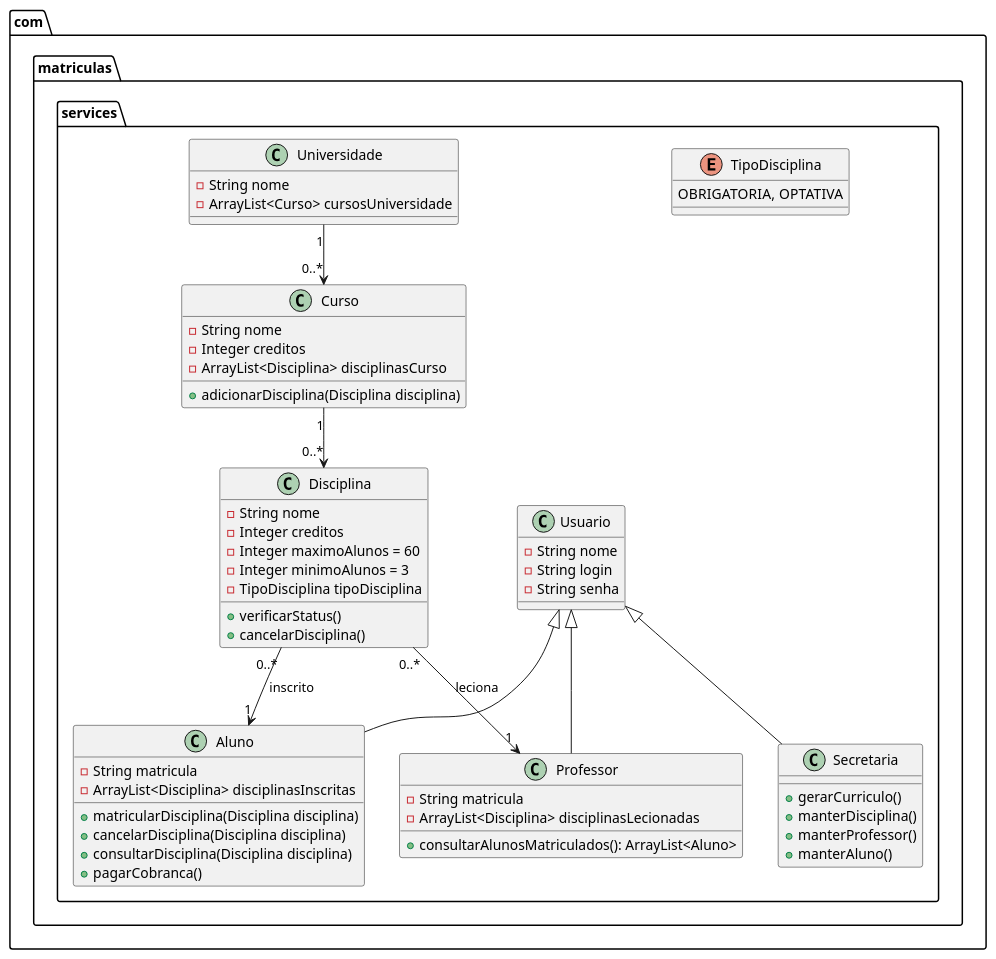
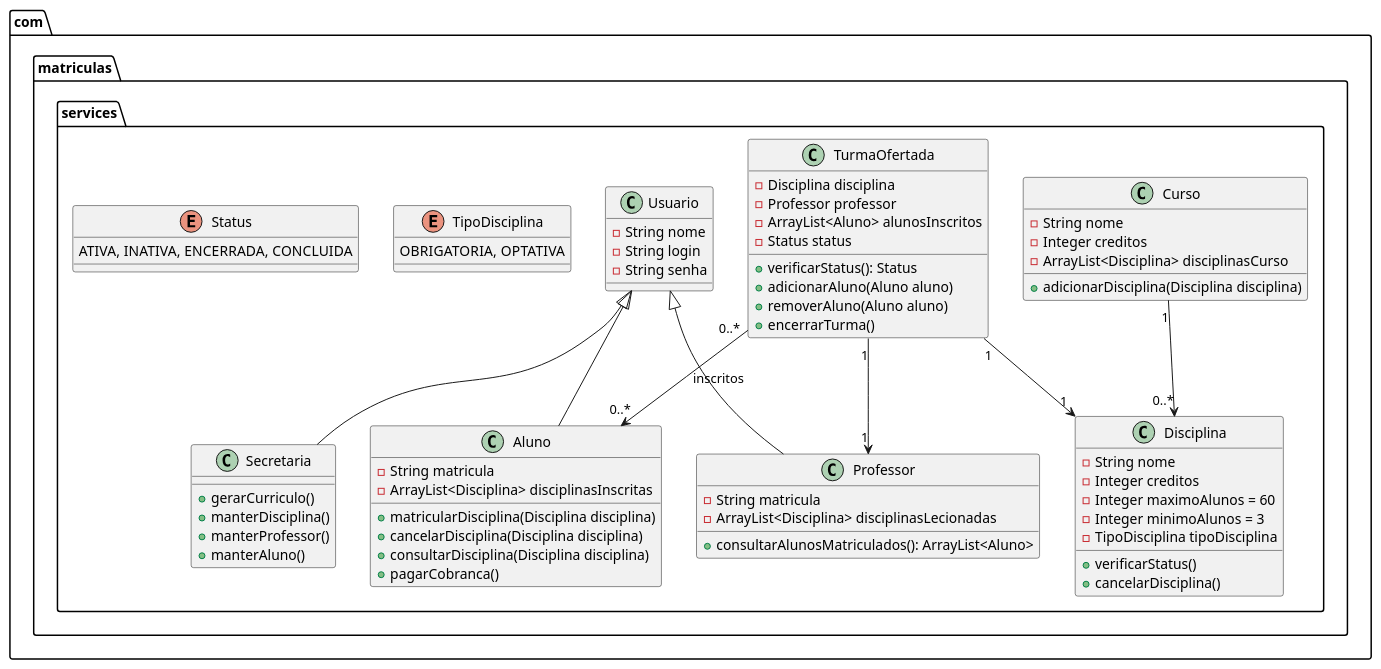
Before and after one commit to rubensm33/laboratorio_desenvolvimento_software: the diagram in projeto/Diagrama_de_Classe.plantuml, drawn with PlantUML.

Commit message:
#1 correção diag. classes

```diff
--- a/projeto/Diagrama_de_Classe.plantuml
+++ b/projeto/Diagrama_de_Classe.plantuml
@@ -1,64 +1,74 @@
 @startuml
 package "com.matriculas.services" {
 
+    class Curso {
+        - String nome
+        - Integer creditos
+        - ArrayList<Disciplina> disciplinasCurso
+        + adicionarDisciplina(Disciplina disciplina)
+    }
+
+    class Disciplina {
+        - String nome
+        - Integer creditos
+        - Integer maximoAlunos = 60
+        - Integer minimoAlunos = 3
+        - TipoDisciplina tipoDisciplina
+        + verificarStatus()
+        + cancelarDisciplina()
+    }
+
+    class TurmaOfertada {
+        - Disciplina disciplina
+        - Professor professor
+        - ArrayList<Aluno> alunosInscritos
+        - Status status
+        + verificarStatus(): Status
+        + adicionarAluno(Aluno aluno)
+        + removerAluno(Aluno aluno)
+        + encerrarTurma()
+    }
+    
     class Usuario {
         - String nome
         - String login
         - String senha
     }
 
     class Aluno extends Usuario {
         - String matricula
         - ArrayList<Disciplina> disciplinasInscritas
         + matricularDisciplina(Disciplina disciplina)
         + cancelarDisciplina(Disciplina disciplina)
         + consultarDisciplina(Disciplina disciplina)
         + pagarCobranca()
     }
 
     class Professor extends Usuario {
         - String matricula
         - ArrayList<Disciplina> disciplinasLecionadas
         + consultarAlunosMatriculados(): ArrayList<Aluno>
     }
 
     class Secretaria extends Usuario {
         + gerarCurriculo()
         + manterDisciplina()
         + manterProfessor()
         + manterAluno()
     }
 
-    class Curso {
-        - String nome
-        - Integer creditos
-        - ArrayList<Disciplina> disciplinasCurso
-        + adicionarDisciplina(Disciplina disciplina)
-    }
-
-    class Disciplina {
-        - String nome
-        - Integer creditos
-        - Integer maximoAlunos = 60
-        - Integer minimoAlunos = 3
-        - TipoDisciplina tipoDisciplina
-        + verificarStatus()
-        + cancelarDisciplina()
-    }
-
     enum TipoDisciplina {
         OBRIGATORIA, OPTATIVA
     }
 
-    class Universidade {
-        - String nome
-        - ArrayList<Curso> cursosUniversidade
+    enum Status {
+        ATIVA, INATIVA, ENCERRADA, CONCLUIDA
     }
+    Curso "1" --> "0..*" Disciplina
 
-    Universidade "1" --> "0..*" Curso
-    Curso "1" --> "0..*" Disciplina
-    Disciplina "0..*" --> "1" Aluno : inscrito
-    Disciplina "0..*" --> "1" Professor : leciona
+    TurmaOfertada "1" --> "1" Disciplina
+    TurmaOfertada "1" --> "1" Professor
+    TurmaOfertada "0..*" --> "0..*" Aluno : inscritos
+
 }
-
 @enduml
```
